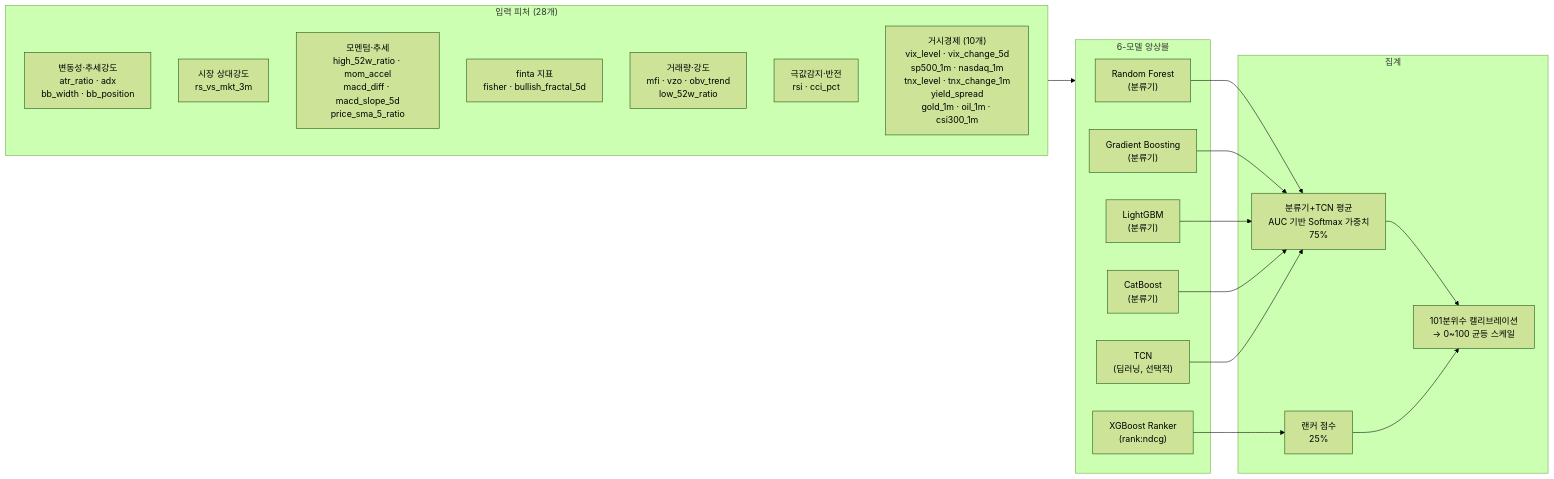
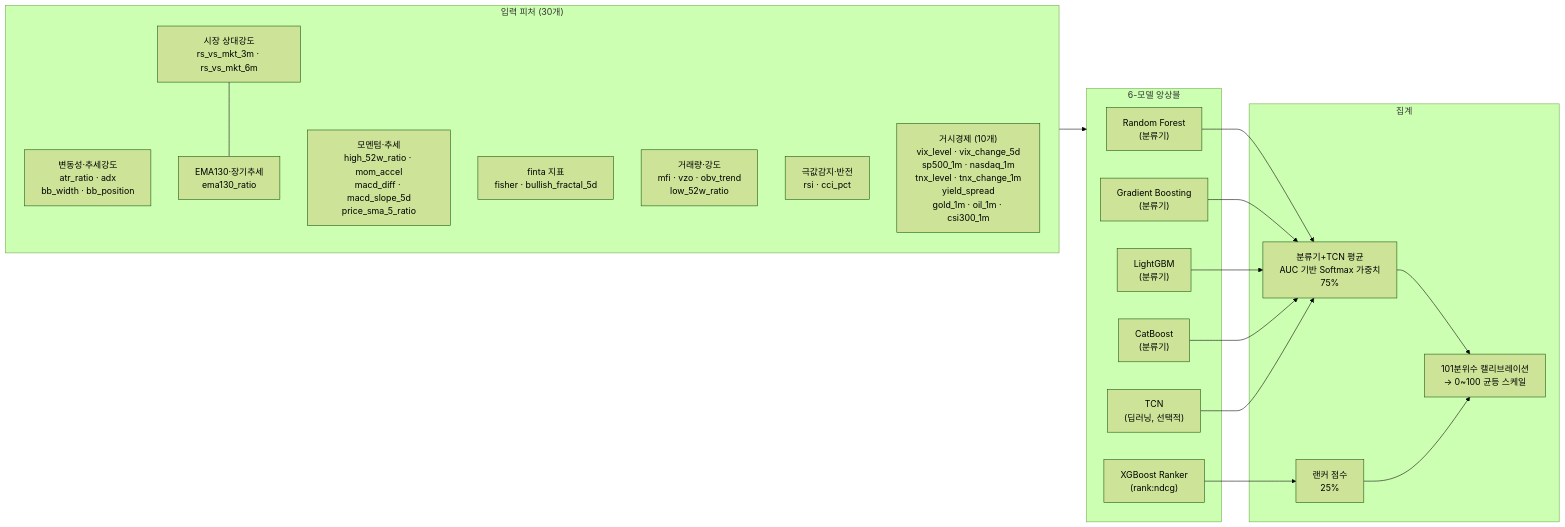
Before and after one commit to bullpeng72/KoreanStocks: the fifth of 10 diagrams in README.md, drawn with Mermaid (forest theme). The commit also changed other lines of this file and 16 other files, not shown here.

````diff
--- a/README.md
+++ b/README.md
@@ -227,32 +227,34 @@
 ```mermaid
 flowchart LR
-    subgraph FEAT["입력 피처 (28개)"]
+    subgraph FEAT["입력 피처 (30개)"]
         F1["변동성·추세강도<br/>atr_ratio · adx<br/>bb_width · bb_position"]
-        F2["시장 상대강도<br/>rs_vs_mkt_3m"]
+        F2["시장 상대강도<br/>rs_vs_mkt_3m · rs_vs_mkt_6m"]
+        F2b["EMA130·장기추세<br/>ema130_ratio"]
         F3["모멘텀·추세<br/>high_52w_ratio · mom_accel<br/>macd_diff · macd_slope_5d<br/>price_sma_5_ratio"]
         F4["finta 지표<br/>fisher · bullish_fractal_5d"]
         F5["거래량·강도<br/>mfi · vzo · obv_trend<br/>low_52w_ratio"]
         F6["극값감지·반전<br/>rsi · cci_pct"]
         F7["거시경제 (10개)<br/>vix_level · vix_change_5d<br/>sp500_1m · nasdaq_1m<br/>tnx_level · tnx_change_1m<br/>yield_spread<br/>gold_1m · oil_1m · csi300_1m"]
     end
 
     subgraph MODELS["6-모델 앙상블"]
         RF["Random Forest<br/>(분류기)"]
         GB["Gradient Boosting<br/>(분류기)"]
         LGB["LightGBM<br/>(분류기)"]
         CB["CatBoost<br/>(분류기)"]
         TCN["TCN<br/>(딥러닝, 선택적)"]
         XGB["XGBoost Ranker<br/>(rank:ndcg)"]
     end
 
     subgraph AGG["집계"]
         CLS["분류기+TCN 평균<br/>AUC 기반 Softmax 가중치<br/>75%"]
         RNK["랜커 점수<br/>25%"]
         CAL["101분위수 캘리브레이션<br/>→ 0~100 균등 스케일"]
     end
 
+    F2 --- F2b
     FEAT --> MODELS
     RF & GB & LGB & CB & TCN --> CLS
     XGB --> RNK
     CLS & RNK --> CAL
 ```
````
